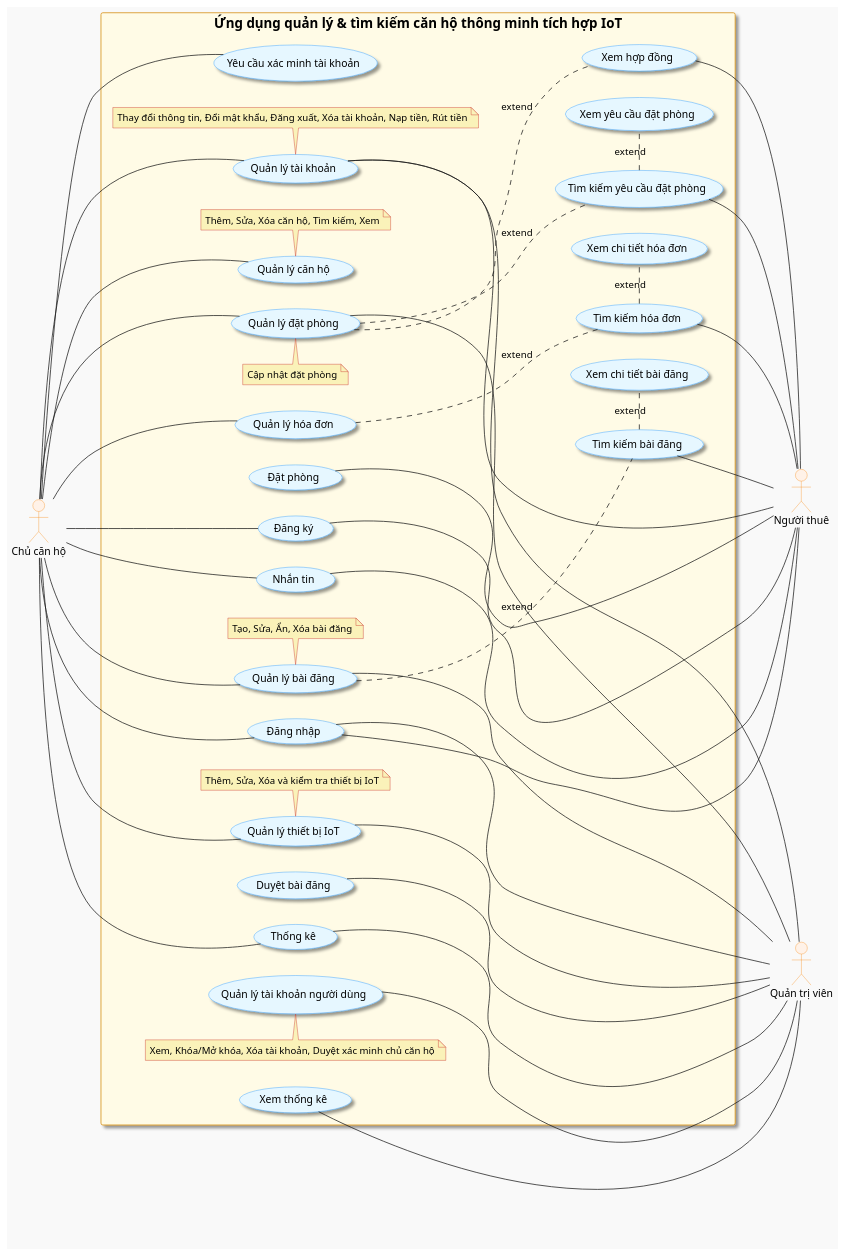
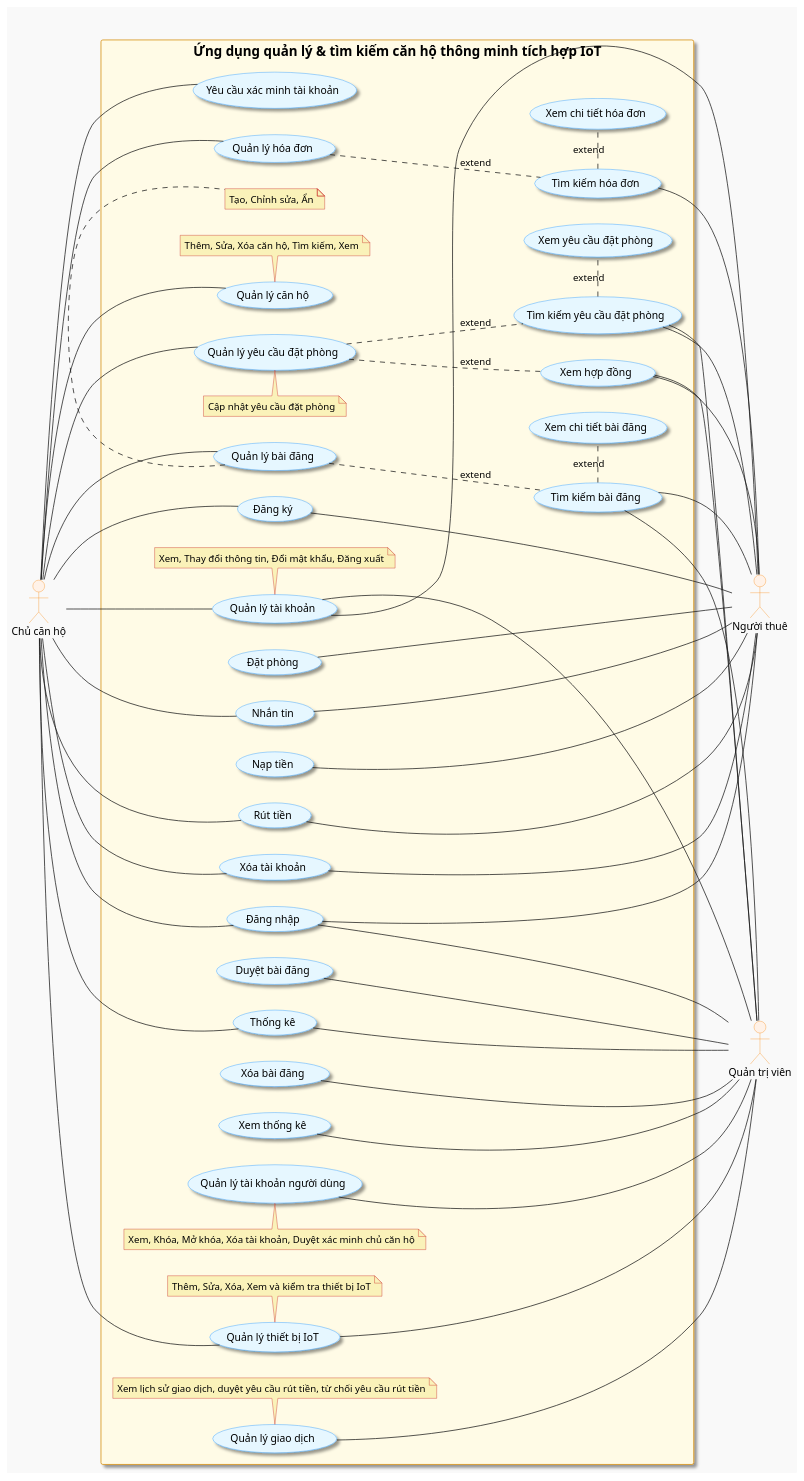
The diagram in diagrams/usecase.puml (nho-moi-so/quan-ly-tim-kiem-phong-tro), drawn with PlantUML before and after one commit. The commit also changed 35 other files, not shown here.

```diff
--- a/diagrams/usecase.puml
+++ b/diagrams/usecase.puml
@@ -2,148 +2,161 @@
 @startuml usecase-diagram
 skinparam shadowing false
 skinparam backgroundColor #f9f9f9
 skinparam usecase {
     BackgroundColor #e6f7ff
     BorderColor #1890ff
     FontColor #000000
     FontSize 14
     Shadowing true
 }
 skinparam actor {
     BackgroundColor #fff2e8
     BorderColor #fa8c16
     FontColor #000000
     FontSize 14
 }
 skinparam rectangle {
     BackgroundColor #fffbe6
     BorderColor #d48806
     FontColor #000000
     FontSize 18
     Shadowing true
 }
 skinparam note{
     BackgroundColor #faf2b9
     BorderColor #c51c1c
 }
 left to right direction
 
 actor "Quản trị viên" as Admin
 actor "Người thuê" as Guest
 actor "Chủ căn hộ" as Owner
 
 rectangle "Ứng dụng quản lý & tìm kiếm căn hộ thông minh tích hợp IoT"{
 ' Các chức năng của Chủ căn hộ
 ' usecase "Đăng xuất" as logout
 usecase "Đăng nhập" as login
 usecase "Đăng ký" as register
 usecase "Quản lý tài khoản" as manage_account
-note bottom of manage_account: Thay đổi thông tin, Đổi mật khẩu, Đăng xuất, Xóa tài khoản, Nạp tiền, Rút tiền
+note bottom of manage_account: Xem, Thay đổi thông tin, Đổi mật khẩu, Đăng xuất
 usecase "Yêu cầu xác minh tài khoản" as request_owner_verification
 
+usecase "Nạp tiền" as deposit
+usecase "Rút tiền" as withdraw
+usecase "Xóa tài khoản" as delete_account
 usecase "Quản lý căn hộ" as manage_apartment
 note bottom of manage_apartment: Thêm, Sửa, Xóa căn hộ, Tìm kiếm, Xem
 ' usecase "Kết nối khóa cửa IoT" as connect_iot_lock
 ' manage_apartment .. connect_iot_lock: extend
 
-usecase "Quản lý đặt phòng" as manage_booking
-note top of manage_booking: Cập nhật đặt phòng
+usecase "Quản lý yêu cầu đặt phòng" as manage_booking
+note top of manage_booking: Cập nhật yêu cầu đặt phòng
 usecase "Xem hợp đồng" as view_booking_contract
 manage_booking .. view_booking_contract: extend
 usecase "Quản lý hóa đơn" as manage_invoice
 ' note bottom of manage_invoice: Hoàn tiền
 usecase "Quản lý bài đăng" as manage_post
-note bottom of manage_post: Tạo, Sửa, Ẩn, Xóa bài đăng
+note bottom of manage_post: Tạo, Chỉnh sửa, Ẩn
+usecase "Xóa bài đăng" as delete_post
 usecase "Nhắn tin" as messaging
 usecase "Thống kê" as statistics
+
 ' usecase "Xác thực dữ liệu đặt phòng" as verify_booking_data
 ' view_booking_contract .. verify_booking_data: extend
 
 ' Các chức năng của Người thuê
 ' usecase "Quản lý tài khoản" as manage_account
 ' usecase "Đăng xuất" as logout
 ' usecase "Đăng nhập" as login
 ' usecase "Đăng ký" as register
 ' usecase "Tìm kiếm căn hộ" as search_apartment
 ' usecase "Xem chi tiết căn hộ" as view_apartment_details
 ' manage_apartment .. search_apartment: extend
 ' search_apartment . view_apartment_details: extend
 
 usecase "Đặt phòng" as book_apartment
 ' usecase "Hủy đặt phòng" as cancel_booking
 
 usecase "Tìm kiếm yêu cầu đặt phòng" as search_booking
 manage_booking .. search_booking: extend
 usecase "Xem yêu cầu đặt phòng" as view_booking_requests
 search_booking . view_booking_requests: extend
 
 
 usecase "Tìm kiếm hóa đơn" as search_invoices
 manage_invoice .. search_invoices: extend
 usecase "Xem chi tiết hóa đơn" as view_invoice_details
 search_invoices . view_invoice_details: extend
 usecase "Tìm kiếm bài đăng" as search_posts
 manage_post .. search_posts: extend
 usecase "Xem chi tiết bài đăng" as view_post_details
 search_posts . view_post_details: extend
 ' usecase "Nhắn tin" as messaging
 
 ' usecase "Báo cáo vi phạm" as report_violation
 
 ' Các chức năng của Quản trị viên
 usecase "Quản lý tài khoản người dùng" as manage_user_accounts
-note top of manage_user_accounts: Xem, Khóa/Mở khóa, Xóa tài khoản, Duyệt xác minh chủ căn hộ
+note top of manage_user_accounts: Xem, Khóa, Mở khóa, Xóa tài khoản, Duyệt xác minh chủ căn hộ
 ' usecase "Đăng xuất" as logout
 ' usecase "Đăng nhập" as login
 ' usecase "Đổi mật khẩu" as change_password
 ' manage_account .. change_password: extend
 'usecase "Quản lý bài đăng" as manage_post
 usecase "Duyệt bài đăng" as approve_posts
 ' usecase "Thống kê" as statistics
 usecase "Xem thống kê" as view_statistics
 usecase "Quản lý thiết bị IoT" as manage_iot_devices
-note bottom of manage_iot_devices: Thêm, Sửa, Xóa và kiểm tra thiết bị IoT
-
+note bottom of manage_iot_devices: Thêm, Sửa, Xóa, Xem và kiểm tra thiết bị IoT
+usecase "Quản lý giao dịch" as manage_transactions
+note bottom of manage_transactions: Xem lịch sử giao dịch, duyệt yêu cầu rút tiền, từ chối yêu cầu rút tiền
 ' nối các usecase
 'Chủ căn hộ
 (Owner) -- (login)
 (Owner) -- (register)
 (Owner) -- (manage_account)
 (request_owner_verification) - (Owner)
 (Owner) -- (manage_apartment)
 (Owner) -- (manage_booking)
 (Owner) -- (manage_invoice)
 (Owner) -- (manage_post)
 (Owner) -- (messaging)
 (Owner) -- (statistics)
 (Owner) -- (manage_iot_devices)
+' (Owner) -- (connect_iot_lock)
+(Owner) -- (withdraw)
+(Owner) -- (delete_account)
 
 
 'Người thuê
 (register) - (Guest)
 (login) - (Guest)
 (manage_account) -- (Guest)
 (search_posts) -- (Guest)
 (book_apartment) - (Guest)
 ' (cancel_booking) - (Guest)
 (search_booking) -- (Guest)
 (search_invoices) -- (Guest)
 (view_booking_contract) -- (Guest)
 (messaging) - (Guest)
 ' (report_violation) - (Guest)
+(deposit) - (Guest)
+(withdraw) - (Guest)
+(delete_account) - (Guest)
 
 'Quản trị viên
 (login) --- (Admin)
 (manage_user_accounts) - (Admin)
 (manage_account) -- (Admin)
-(manage_post) -- (Admin)
+(search_posts) -- (Admin)
 (approve_posts) - (Admin)
+(delete_post) -- (Admin)
 ' (change_password) -- (Admin)
 (statistics) - (Admin)
 (view_statistics) -- (Admin)
 (manage_iot_devices) - (Admin)
-(manage_booking) -- (Admin)
-
-
+(search_booking) -- (Admin)
+(view_booking_contract) -- (Admin)
+(manage_transactions) - (Admin)
 }
 @enduml
```
